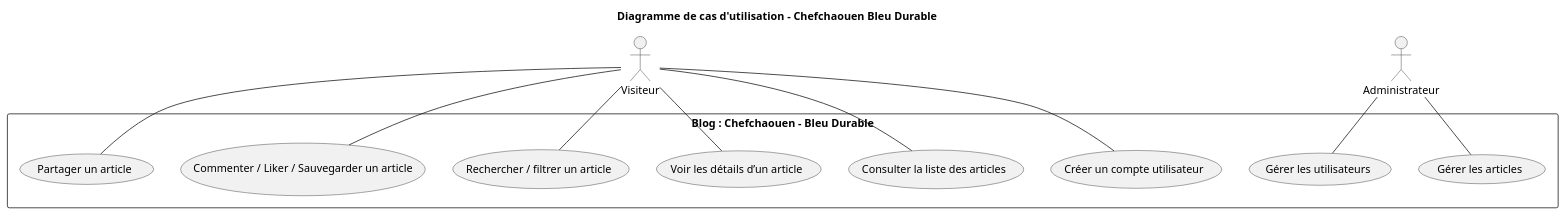
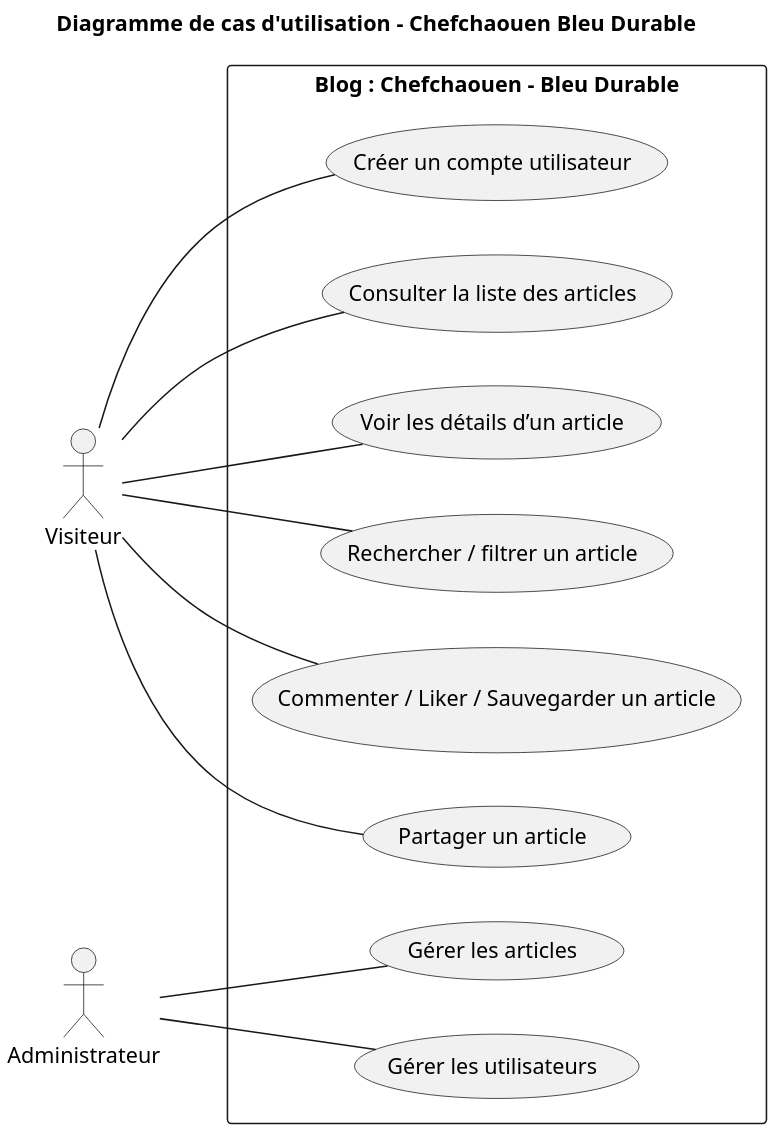
The diagram in fonctionnalités_principales/diagram_useCase.puml (salma-dev123/analyse_besoin), drawn with PlantUML before and after one commit.

Commit message:
update use case diagram

```diff
--- a/fonctionnalités_principales/diagram_useCase.puml
+++ b/fonctionnalités_principales/diagram_useCase.puml
@@ -1,30 +1,32 @@
 @startuml
+left to right direction
+scale 2
 title Diagramme de cas d'utilisation - Chefchaouen Bleu Durable
 
 actor "Visiteur" as Visiteur
 actor "Administrateur" as Admin
 
 rectangle "Blog : Chefchaouen – Bleu Durable" {
   (Créer un compte utilisateur) as UC1
   (Consulter la liste des articles) as UC2
   (Voir les détails d’un article) as UC3
   (Rechercher / filtrer un article) as UC4
   (Commenter / Liker / Sauvegarder un article) as UC5
   (Partager un article) as UC6
   (Gérer les articles) as UC7
   (Gérer les utilisateurs) as UC8
 }
 
 ' Relations du Visiteur
 Visiteur -- UC1
 Visiteur -- UC2
 Visiteur -- UC3
 Visiteur -- UC4
 Visiteur -- UC5
 Visiteur -- UC6
 
 ' Relations de l'Administrateur
 Admin -- UC7
 Admin -- UC8
 
 @enduml
```
